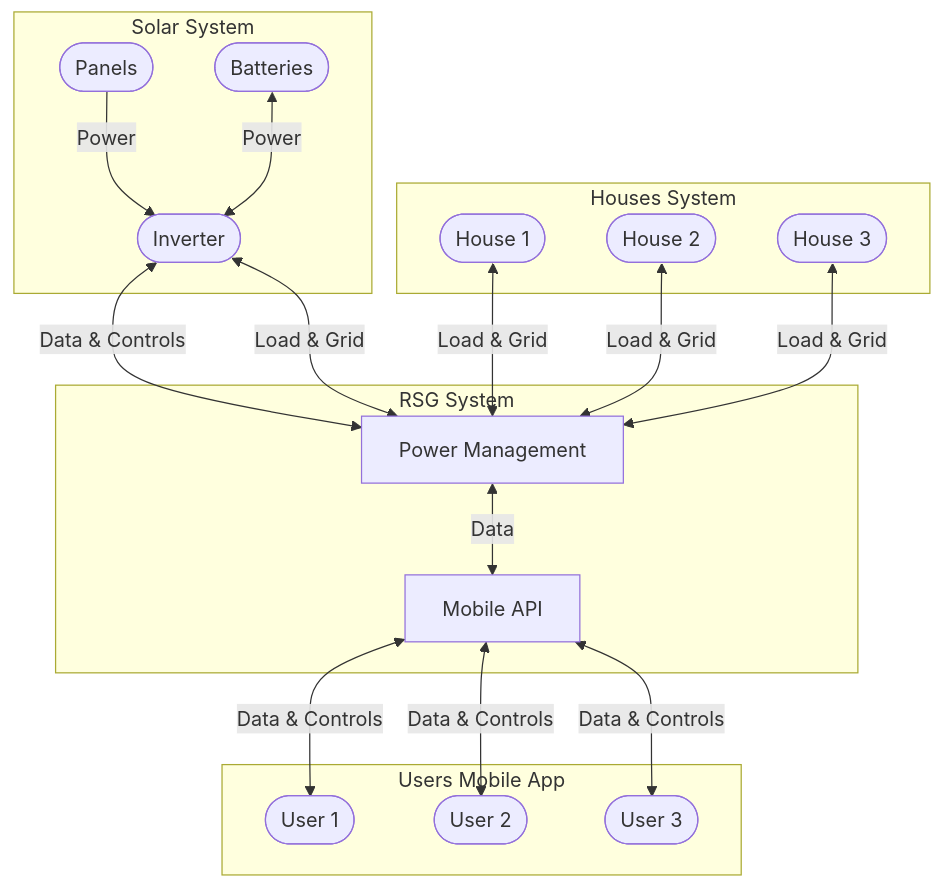
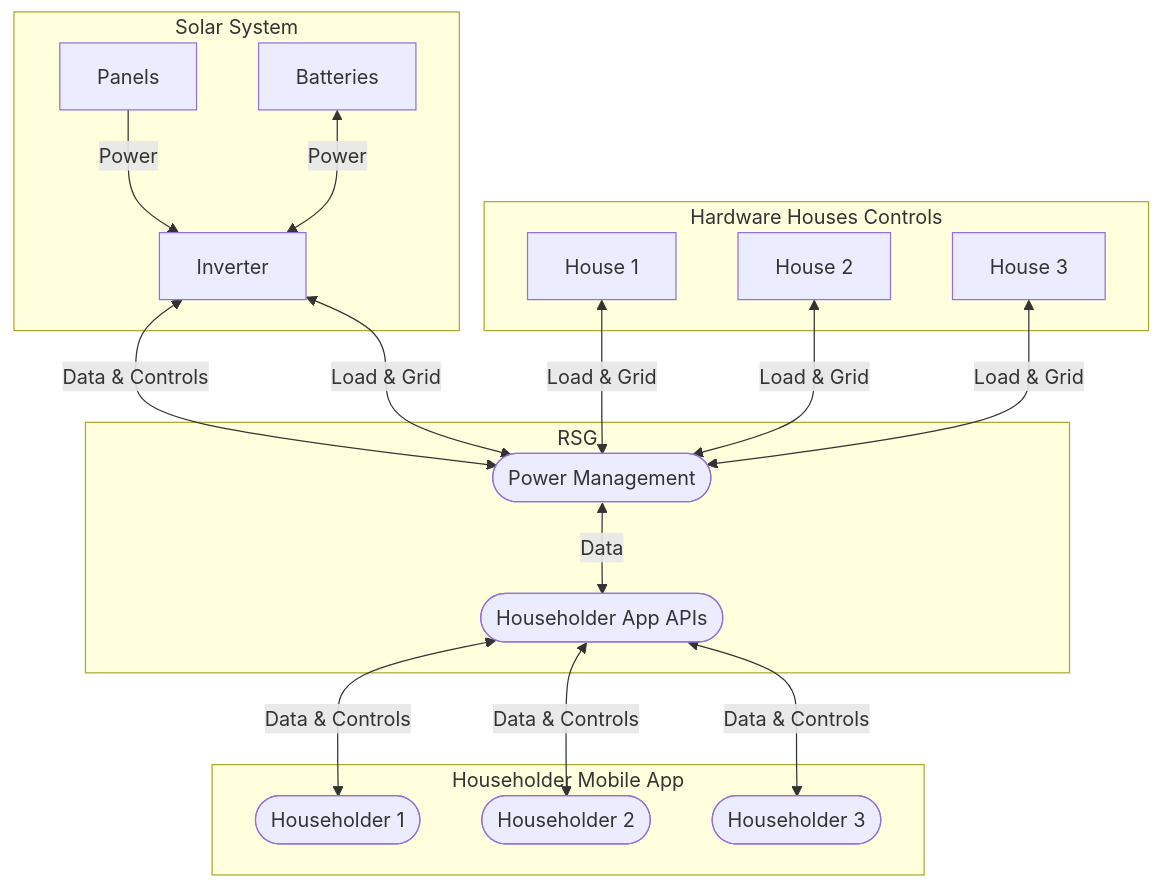
The diagram in graphs/rsg_system_graph.mermaid (ezAldinWaez/residential-smart-grid-prototype), drawn with Mermaid before and after one commit. The commit also changed 3 other files, not shown here.

Commit message:
edit system graphs

```diff
--- a/graphs/rsg_system_graph.mermaid
+++ b/graphs/rsg_system_graph.mermaid
@@ -1,34 +1,34 @@
 graph TB
   subgraph SS[Solar System]
-    SS_P([Panels])
-    SS_B([Batteries])
-    SS_I([Inverter])
+    SS_P[Panels]
+    SS_B[Batteries]
+    SS_I[Inverter]
   end
 
-  subgraph RSGS[RSG System]
-    RSGS_PM[Power Management]
-    RSGS_MA[Mobile API]
+  subgraph HHS[Hardware Houses Controls]
+    HHS_H1[House 1]
+    HHS_H2[House 2]
+    HHS_H3[House 3]
   end
 
-  subgraph HS[Houses System]
-    HS_H1([House 1])
-    HS_H2([House 2])
-    HS_H3([House 3])
+  subgraph RSG[RSG]
+    RSG_PM([Power Management])
+    RSG_HAA([Householder App APIs])
   end
 
-  subgraph UMA[Users Mobile App]
-    UMA_U1([User 1])
-    UMA_U2([User 2])
-    UMA_U3([User 3])
+  subgraph HMA[Householder Mobile App]
+    HMA_H1([Householder 1])
+    HMA_H2([Householder 2])
+    HMA_H3([Householder 3])
   end
 
   SS_P --Power--> SS_I
   SS_B <--Power--> SS_I
 
-  SS_I <--Data & Controls--> RSGS_PM
-  SS_I <--Load & Grid--> RSGS_PM
+  SS_I <--Data & Controls--> RSG_PM
+  SS_I <--Load & Grid--> RSG_PM
 
-  HS_H1 & HS_H2 & HS_H3 <--Load & Grid--> RSGS_PM
+  HHS_H1 & HHS_H2 & HHS_H3 <--Load & Grid--> RSG_PM
 
-  RSGS_PM <--Data--> RSGS_MA
-  RSGS_MA <--Data & Controls--> UMA_U1 & UMA_U2 & UMA_U3
+  RSG_PM <--Data--> RSG_HAA
+  RSG_HAA <--Data & Controls--> HMA_H1 & HMA_H2 & HMA_H3
```
